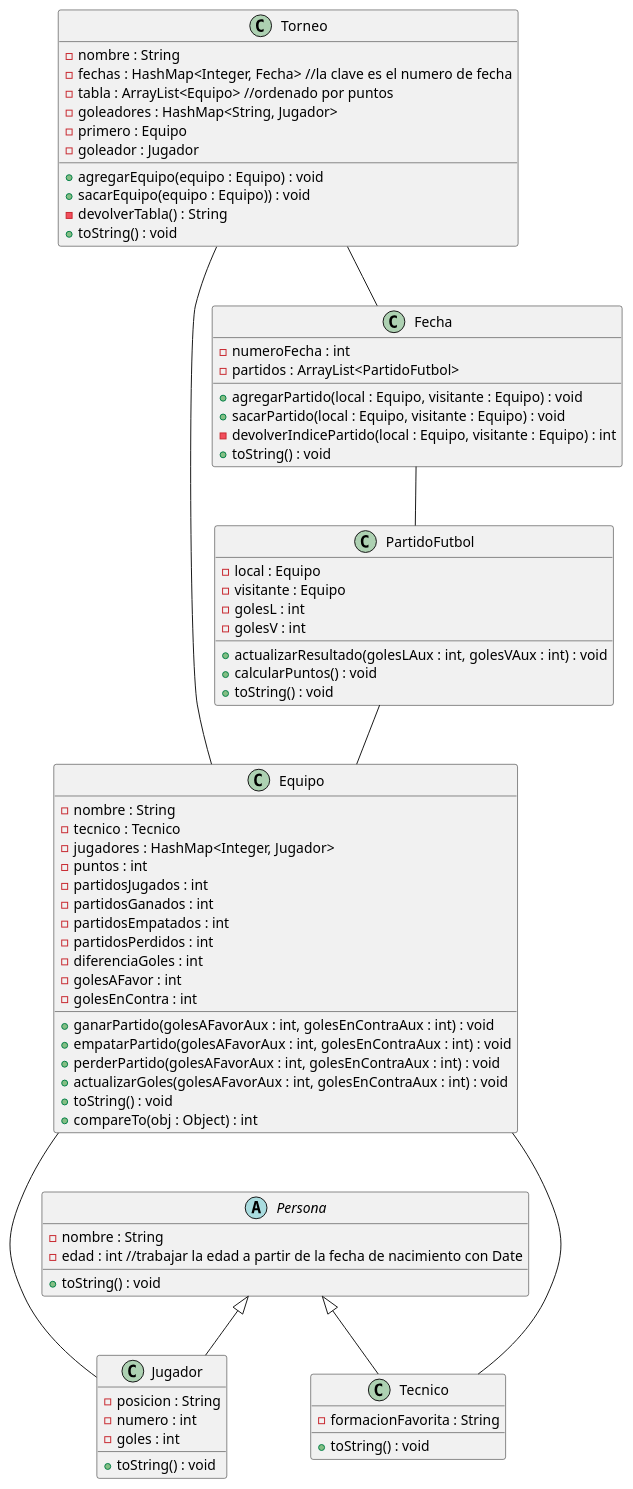
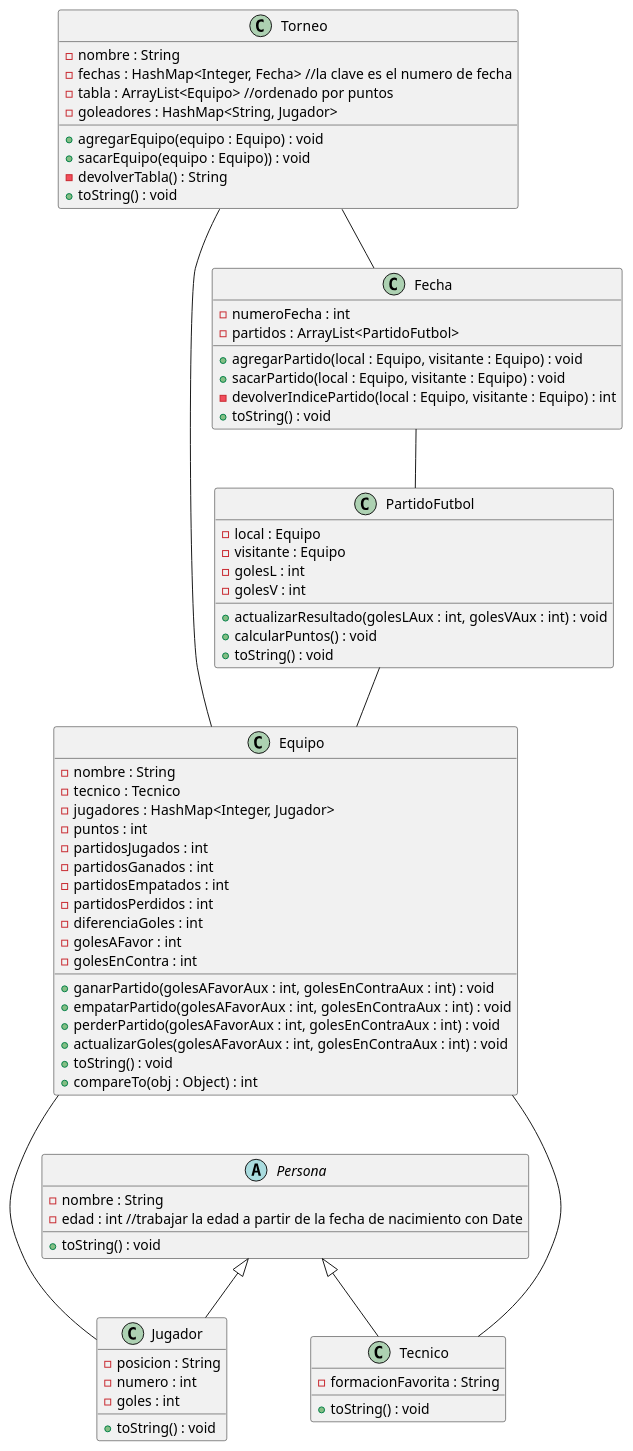
The diagram in out/production/appTorneo/diagrama-de-clases.puml (agustinrojass/appTorneo), drawn with PlantUML before and after one commit. The commit also changed 36 other files, not shown here.

```diff
--- a/out/production/appTorneo/diagrama-de-clases.puml
+++ b/out/production/appTorneo/diagrama-de-clases.puml
@@ -1,71 +1,69 @@
 @startuml
 Torneo -- Equipo
 Torneo -- Fecha
 Fecha -- PartidoFutbol
 PartidoFutbol -- Equipo
 Equipo --- Jugador
 Equipo --- Tecnico
 class Torneo {
     - nombre : String
     - fechas : HashMap<Integer, Fecha> //la clave es el numero de fecha
     - tabla : ArrayList<Equipo> //ordenado por puntos
     - goleadores : HashMap<String, Jugador>
-    - primero : Equipo
-    - goleador : Jugador
     + agregarEquipo(equipo : Equipo) : void
     + sacarEquipo(equipo : Equipo)) : void
     - devolverTabla() : String
     + toString() : void
 }
 class Fecha {
     - numeroFecha : int
     - partidos : ArrayList<PartidoFutbol>
     + agregarPartido(local : Equipo, visitante : Equipo) : void
     + sacarPartido(local : Equipo, visitante : Equipo) : void
     - devolverIndicePartido(local : Equipo, visitante : Equipo) : int
     + toString() : void
 }
 class PartidoFutbol {
     - local : Equipo
     - visitante : Equipo
     - golesL : int
     - golesV : int
     + actualizarResultado(golesLAux : int, golesVAux : int) : void
     + calcularPuntos() : void
     + toString() : void
 }
 class Equipo {
     - nombre : String
     - tecnico : Tecnico
     - jugadores : HashMap<Integer, Jugador>
     - puntos : int
     - partidosJugados : int
     - partidosGanados : int
     - partidosEmpatados : int
     - partidosPerdidos : int
     - diferenciaGoles : int
     - golesAFavor : int
     - golesEnContra : int
     + ganarPartido(golesAFavorAux : int, golesEnContraAux : int) : void
     + empatarPartido(golesAFavorAux : int, golesEnContraAux : int) : void
     + perderPartido(golesAFavorAux : int, golesEnContraAux : int) : void
     + actualizarGoles(golesAFavorAux : int, golesEnContraAux : int) : void
     + toString() : void
     + compareTo(obj : Object) : int
 }
 abstract class Persona {
     - nombre : String
     - edad : int //trabajar la edad a partir de la fecha de nacimiento con Date
     + toString() : void
 }
 class Jugador extends Persona {
     - posicion : String
     - numero : int
     - goles : int
     + toString() : void
 }
 class Tecnico extends Persona {
     - formacionFavorita : String
     + toString() : void
 }
 @enduml
```
